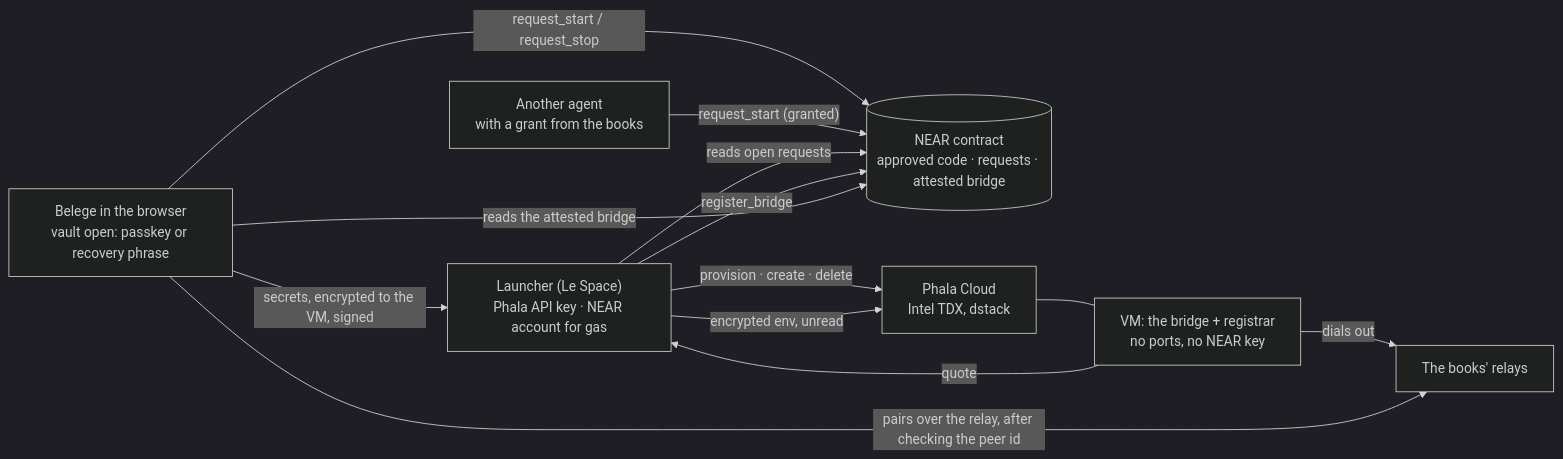
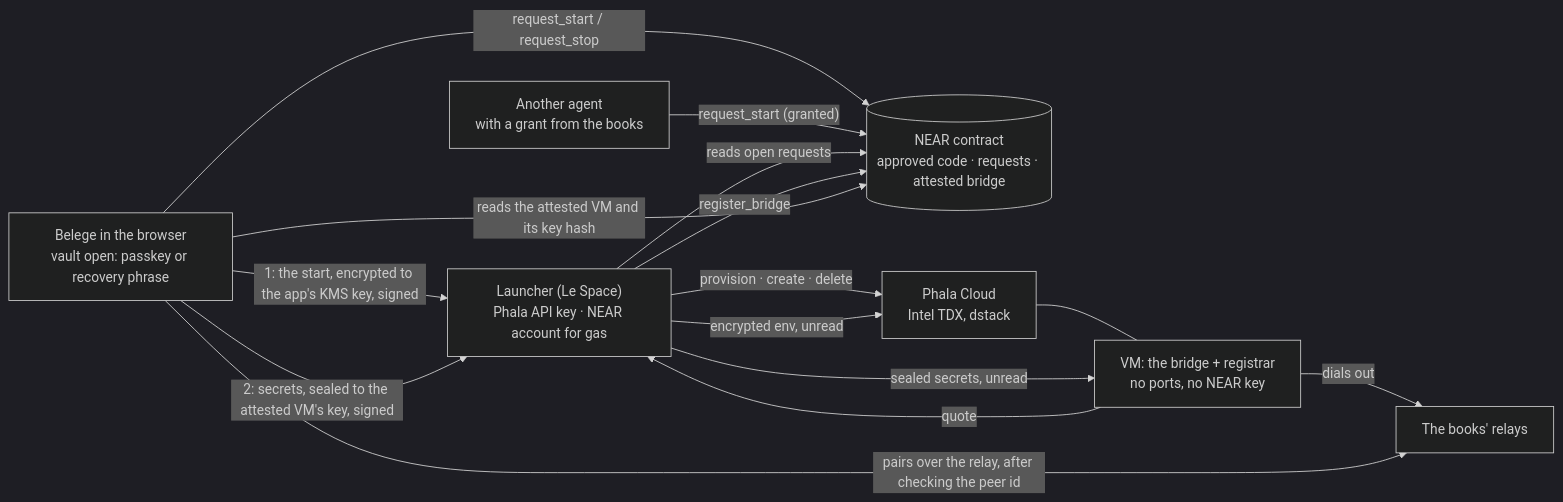
One commit to Le-Space/belege changed the first of 3 diagrams in bridge/tee/README.md. Above: the diagram before and after it, drawn with Mermaid (dark theme). The commit also changed other lines of this file and 15 other files, not shown here.

First line of the commit message:
feat(bridge): the hosted bridge takes its secrets only once it is attested (#696)

````diff
--- a/bridge/tee/README.md
+++ b/bridge/tee/README.md
@@ -17,23 +17,25 @@
 ```mermaid
 flowchart LR
   B["Belege in the browser<br/>vault open: passkey or recovery phrase"]
   A["Another agent<br/>with a grant from the books"]
   C[("NEAR contract<br/>approved code · requests · attested bridge")]
   L["Launcher (Le Space)<br/>Phala API key · NEAR account for gas"]
   P["Phala Cloud<br/>Intel TDX, dstack"]
   V["VM: the bridge + registrar<br/>no ports, no NEAR key"]
   R["The books' relays"]
 
   B -- "request_start / request_stop" --> C
   A -- "request_start (granted)" --> C
   L -- "reads open requests" --> C
   L -- "provision · create · delete" --> P
   P --- V
-  B -- "secrets, encrypted to the VM, signed" --> L
+  B -- "1: the start, encrypted to the app's KMS key, signed" --> L
   L -- "encrypted env, unread" --> P
   V -- "quote" --> L
   L -- "register_bridge" --> C
-  B -- "reads the attested bridge" --> C
+  B -- "reads the attested VM and its key hash" --> C
+  B -- "2: secrets, sealed to the attested VM's key, signed" --> L
+  L -- "sealed secrets, unread" --> V
   V -- "dials out" --> R
   B -- "pairs over the relay, after checking the peer id" --> R
 ```
````
